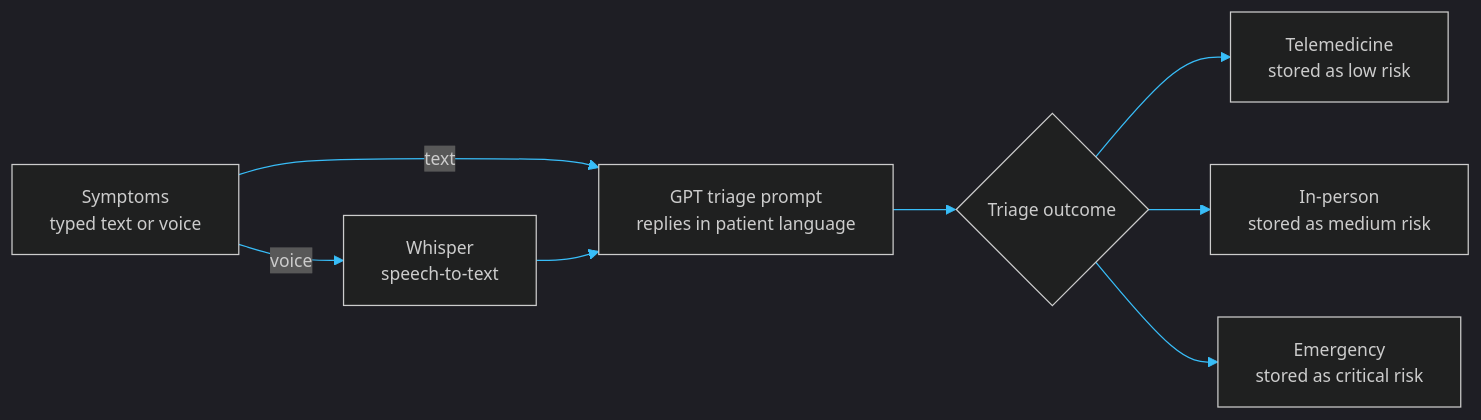
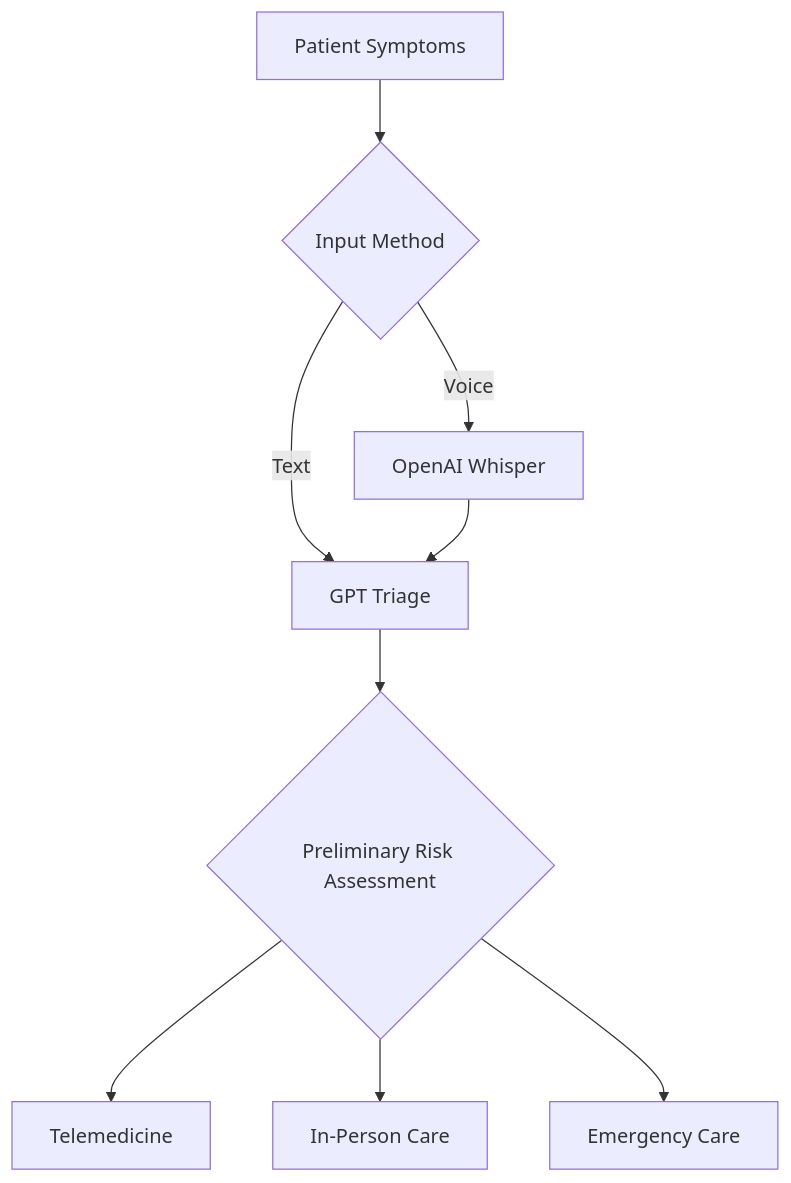
Before and after one commit to Awab7-ux/Awab7-ux: the second of 5 diagrams in README.md, drawn with Mermaid. The commit also changed other lines of this file, not shown here.

````diff
--- a/README.md
+++ b/README.md
@@ -417,11 +103,11 @@
 ```mermaid
-%%{init: {'theme':'dark','themeVariables':{'primaryColor':'#0F2A4A','primaryBorderColor':'#38BDF8','lineColor':'#38BDF8','primaryTextColor':'#E6F1FF','fontSize':'14px'}}}%%
-flowchart LR
-  S["Symptoms<br/>typed text or voice"] -->|voice| WH["Whisper<br/>speech-to-text"]
-  S -->|text| G
-  WH --> G["GPT triage prompt<br/>replies in patient language"]
-  G --> T{"Triage outcome"}
-  T --> A["Telemedicine<br/>stored as low risk"]
-  T --> B["In-person<br/>stored as medium risk"]
-  T --> C["Emergency<br/>stored as critical risk"]
+flowchart TD
+    A["Patient Symptoms"] --> B{"Input Method"}
+    B -->|Text| D["GPT Triage"]
+    B -->|Voice| C["OpenAI Whisper"]
+    C --> D
+    D --> E{"Preliminary Risk Assessment"}
+    E --> F["Telemedicine"]
+    E --> G["In-Person Care"]
+    E --> H["Emergency Care"]
 ```
````
